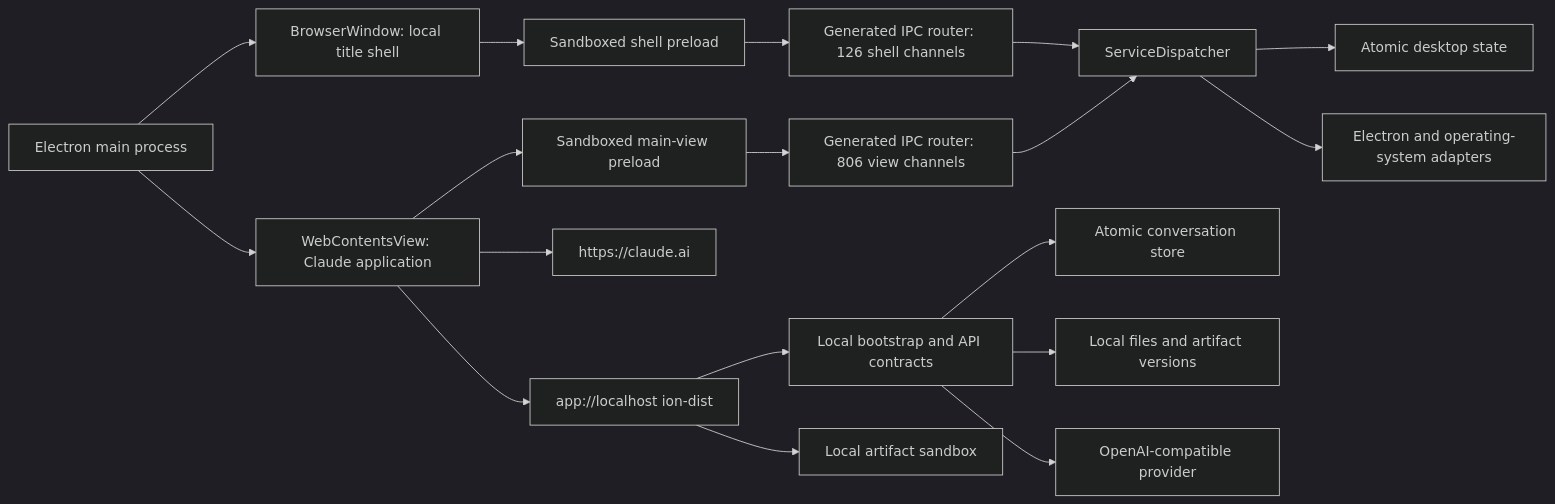
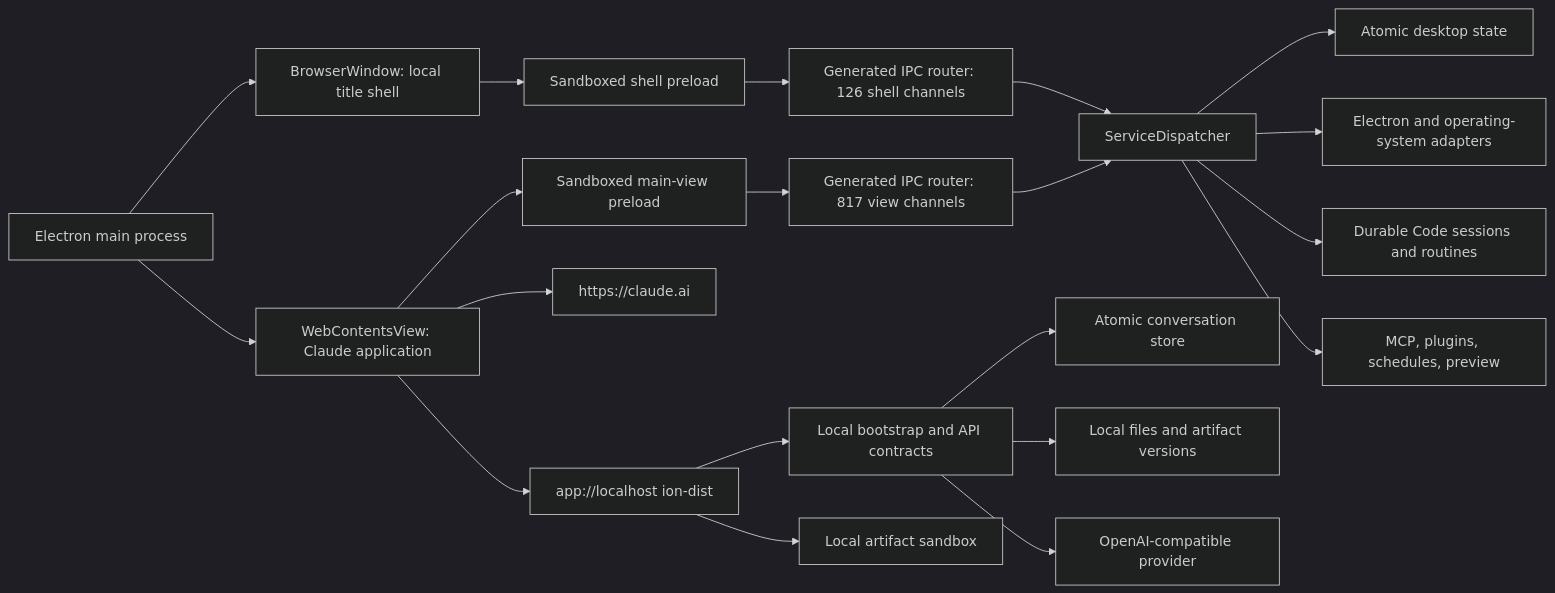
The diagram in docs/architecture.md (armand0e/open-claude-desktop), drawn with Mermaid (dark theme) before and after one commit. The commit also changed other lines of this file and 115 other files, not shown here.

````diff
--- a/docs/architecture.md
+++ b/docs/architecture.md
@@ -5,20 +5,22 @@
 ```mermaid
 flowchart LR
   M["Electron main process"] --> W["BrowserWindow: local title shell"]
   M --> V["WebContentsView: Claude application"]
   W --> PS["Sandboxed shell preload"]
   V --> PV["Sandboxed main-view preload"]
   PS --> I["Generated IPC router: 126 shell channels"]
-  PV --> I2["Generated IPC router: 806 view channels"]
+  PV --> I2["Generated IPC router: 817 view channels"]
   I --> D["ServiceDispatcher"]
   I2 --> D
   D --> S["Atomic desktop state"]
   D --> OS["Electron and operating-system adapters"]
+  D --> C["Durable Code sessions and routines"]
+  D --> X["MCP, plugins, schedules, preview"]
   V --> H["https://claude.ai"]
   V --> L["app://localhost ion-dist"]
   L --> A["Local bootstrap and API contracts"]
   A --> DB["Atomic conversation store"]
   A --> F["Local files and artifact versions"]
   L --> R["Local artifact sandbox"]
   A --> OAI["OpenAI-compatible provider"]
 ```
````
